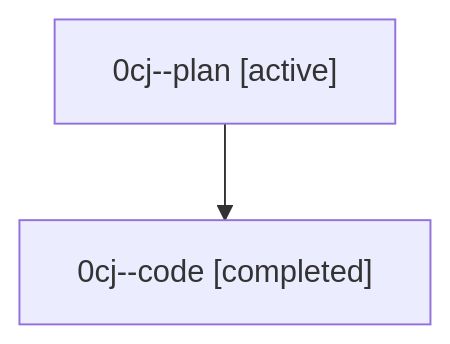
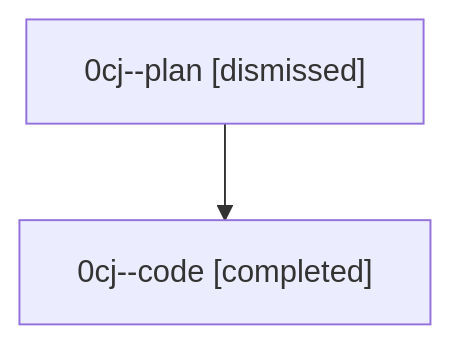
The diagram in sessions/bbugyi200.athena.0cj.md (sase-org/sase--agents), drawn with Mermaid before and after one commit. The commit also changed other lines of this file and 28 other files, not shown here.

````diff
--- a/sessions/bbugyi200.athena.0cj.md
+++ b/sessions/bbugyi200.athena.0cj.md
@@ -9,6 +9,6 @@
 ```mermaid
 flowchart TD
-  n0["0cj--plan [active]"]
+  n0["0cj--plan [dismissed]"]
   n1["0cj--code [completed]"]
   n0 --> n1
 ```
````
